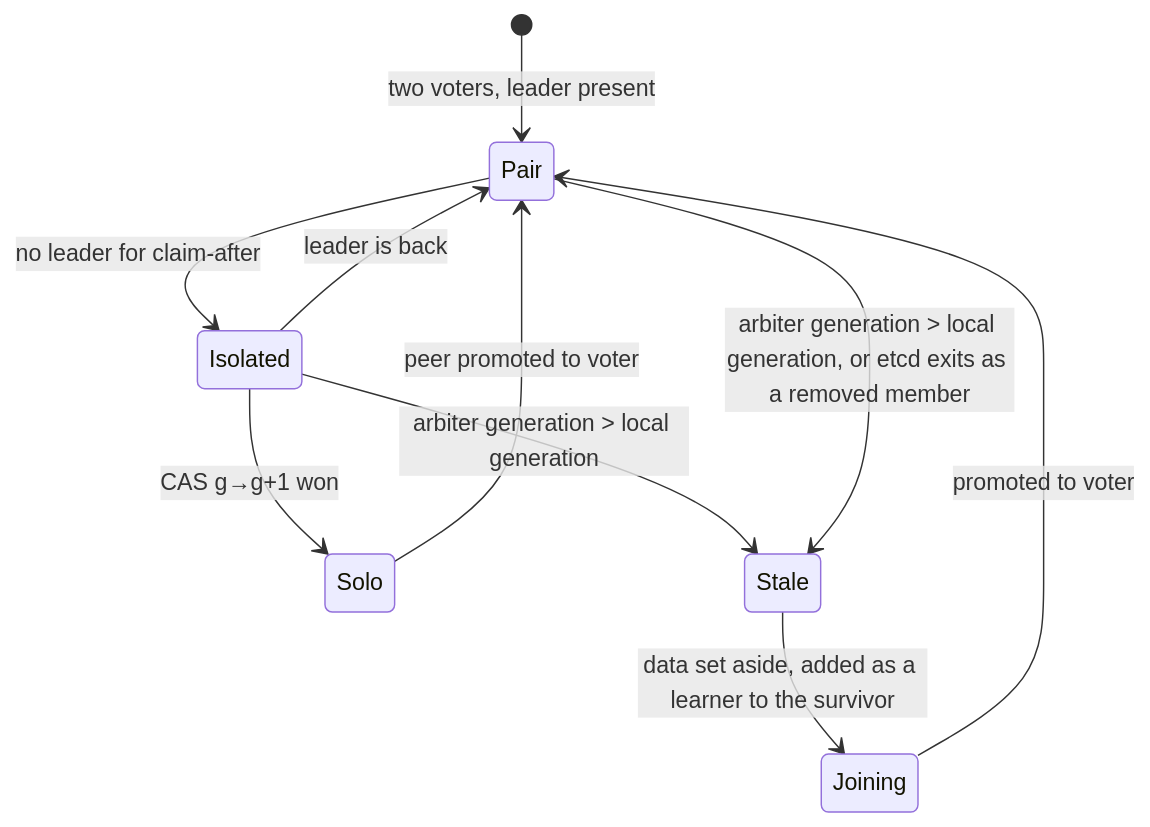
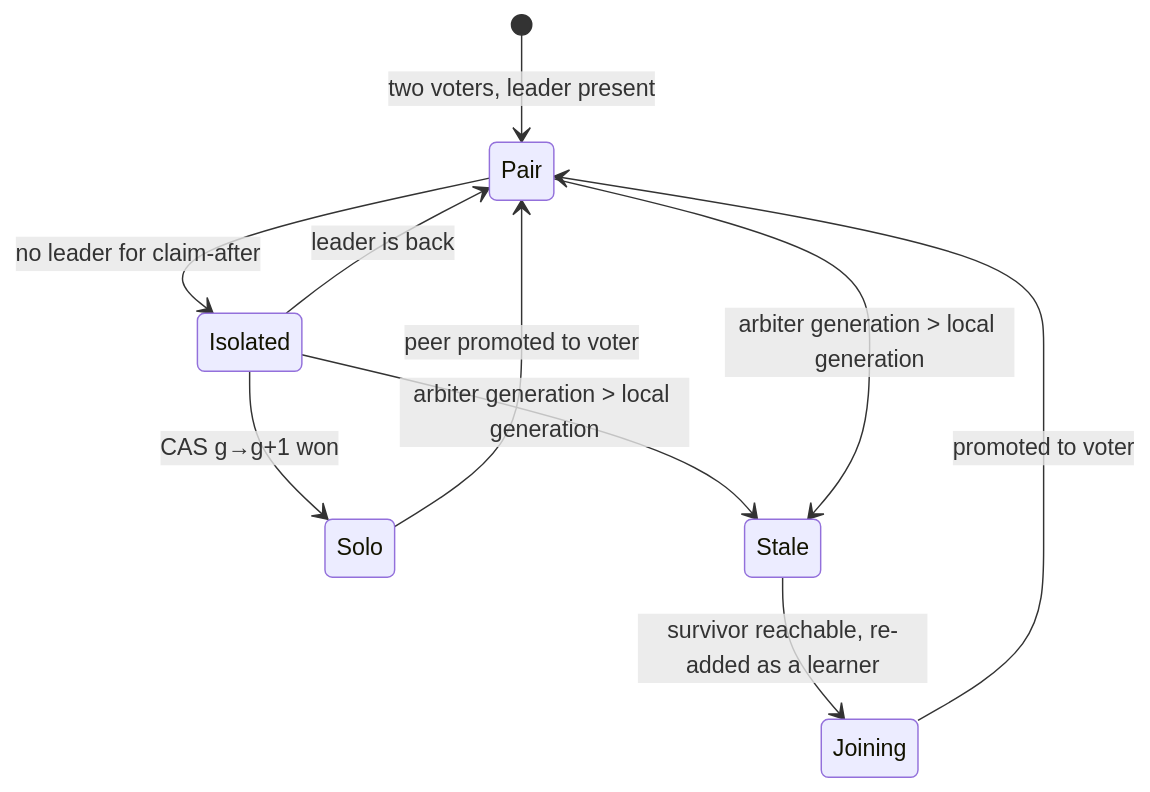
One commit to aenix-io/twok changed the diagram in docs/design.md. Above: the diagram before and after it, drawn with Mermaid. The commit also changed other lines of this file and 3 other files, not shown here.

````diff
--- a/docs/design.md
+++ b/docs/design.md
@@ -63,12 +69,12 @@
 ```mermaid
 stateDiagram-v2
     [*] --> Pair: two voters, leader present
     Pair --> Isolated: no leader for claim-after
     Isolated --> Pair: leader is back
     Isolated --> Solo: CAS g→g+1 won
     Isolated --> Stale: arbiter generation > local generation
     Solo --> Pair: peer promoted to voter
-    Pair --> Stale: arbiter generation > local generation, or etcd exits as a removed member
-    Stale --> Joining: data set aside, added as a learner to the survivor
+    Pair --> Stale: arbiter generation > local generation
+    Stale --> Joining: survivor reachable, re-added as a learner
     Joining --> Pair: promoted to voter
 ```
````
